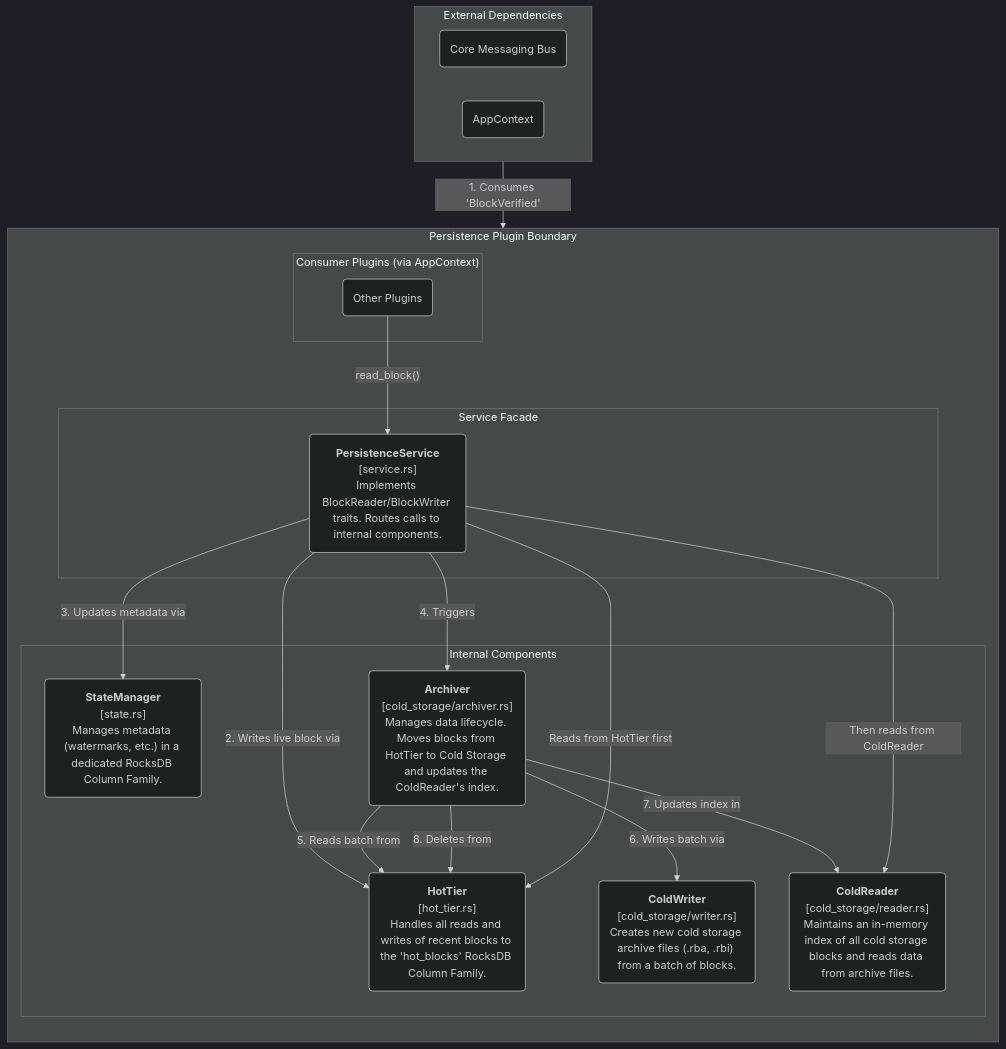
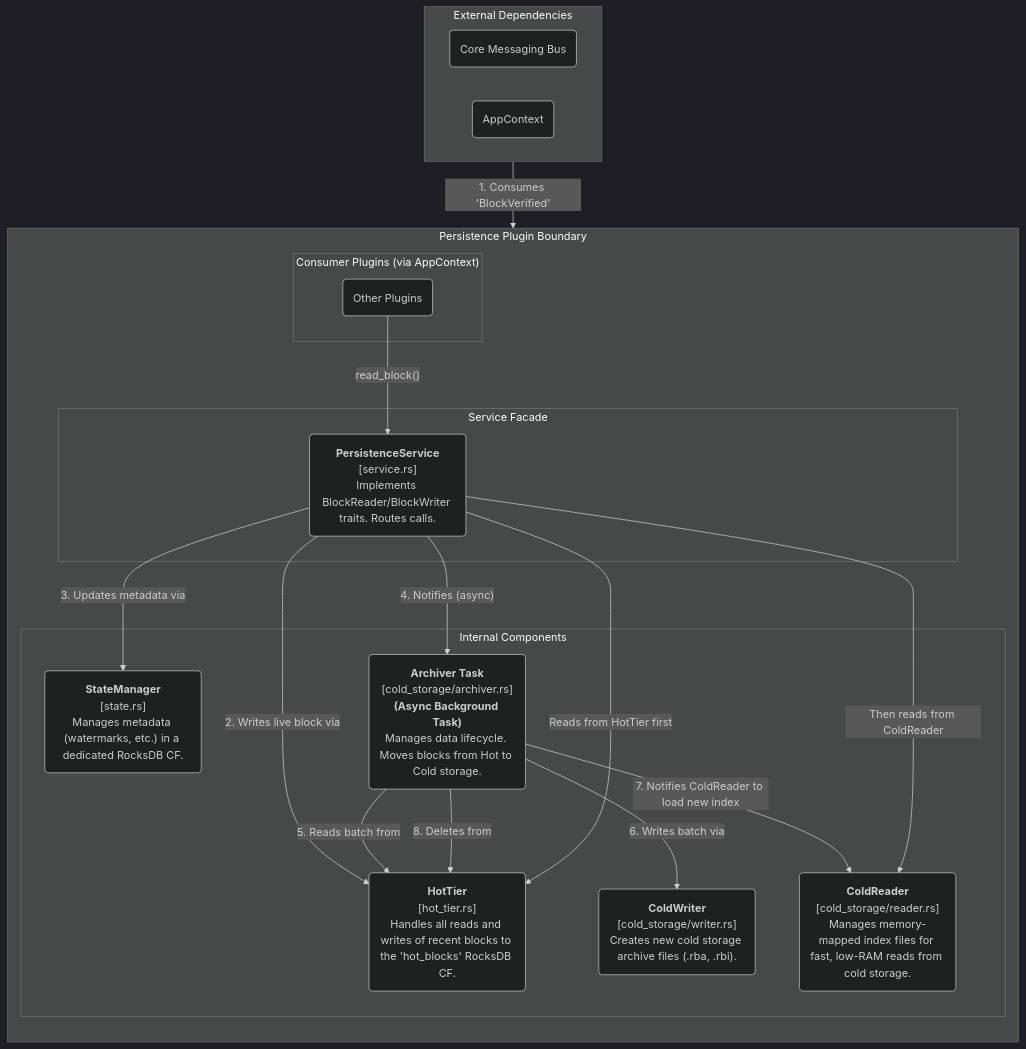
One commit to LimeChain/Rock-Node changed the second of 2 diagrams in docs/persistence/design-doc.md. Above: the diagram before and after it, drawn with Mermaid (dark theme). The commit also changed other lines of this file and 18 other files, not shown here.

````diff
--- a/docs/persistence/design-doc.md
+++ b/docs/persistence/design-doc.md
@@ -72,43 +83,43 @@
 ```mermaid
 graph TD
     subgraph "External Dependencies"
         direction LR
         CoreMessaging("Core Messaging Bus")
         AppContext("AppContext")
     end
     
     subgraph "Persistence Plugin Boundary"
         direction TB
 
         subgraph "Service Facade"
-            PersistenceService("<b>PersistenceService</b><br/>[service.rs]<br/>Implements BlockReader/BlockWriter traits. Routes calls to internal components.")
+            PersistenceService("<b>PersistenceService</b><br/>[service.rs]<br/>Implements BlockReader/BlockWriter traits. Routes calls.")
         end
 
         subgraph "Internal Components"
-            StateManager("<b>StateManager</b><br/>[state.rs]<br/>Manages metadata (watermarks, etc.) in a dedicated RocksDB Column Family.")
-            HotTier("<b>HotTier</b><br/>[hot_tier.rs]<br/>Handles all reads and writes of recent blocks to the 'hot_blocks' RocksDB Column Family.")
-            ColdWriter("<b>ColdWriter</b><br/>[cold_storage/writer.rs]<br/>Creates new cold storage archive files (.rba, .rbi) from a batch of blocks.")
-            ColdReader("<b>ColdReader</b><br/>[cold_storage/reader.rs]<br/>Maintains an in-memory index of all cold storage blocks and reads data from archive files.")
-            Archiver("<b>Archiver</b><br/>[cold_storage/archiver.rs]<br/>Manages data lifecycle. Moves blocks from HotTier to Cold Storage and updates the ColdReader's index.")
+            StateManager("<b>StateManager</b><br/>[state.rs]<br/>Manages metadata (watermarks, etc.) in a dedicated RocksDB CF.")
+            HotTier("<b>HotTier</b><br/>[hot_tier.rs]<br/>Handles all reads and writes of recent blocks to the 'hot_blocks' RocksDB CF.")
+            ColdWriter("<b>ColdWriter</b><br/>[cold_storage/writer.rs]<br/>Creates new cold storage archive files (.rba, .rbi).")
+            ColdReader("<b>ColdReader</b><br/>[cold_storage/reader.rs]<br/>Manages memory-mapped index files for fast, low-RAM reads from cold storage.")
+            Archiver("<b>Archiver Task</b><br/>[cold_storage/archiver.rs]<br/><b>(Async Background Task)</b><br/>Manages data lifecycle. Moves blocks from Hot to Cold storage.")
         end
         
         %% Flows
         CoreMessaging -- "1. Consumes 'BlockVerified'" --> PersistenceService
         PersistenceService -- "2. Writes live block via" --> HotTier
         PersistenceService -- "3. Updates metadata via" --> StateManager
-        PersistenceService -- "4. Triggers" --> Archiver
+        PersistenceService -- "4. Notifies (async)" --> Archiver
         
         Archiver -- "5. Reads batch from" --> HotTier
         Archiver -- "6. Writes batch via" --> ColdWriter
-        Archiver -- "7. Updates index in" --> ColdReader
+        Archiver -- "7. Notifies ColdReader to load new index" --> ColdReader
         Archiver -- "8. Deletes from" --> HotTier
         
         subgraph "Consumer Plugins (via AppContext)"
              Consumers("Other Plugins")
         end
         
         Consumers -- "read_block()" --> PersistenceService
         PersistenceService -- "Reads from HotTier first" --> HotTier
         PersistenceService -- "Then reads from ColdReader" --> ColdReader
     end
 ```
````
